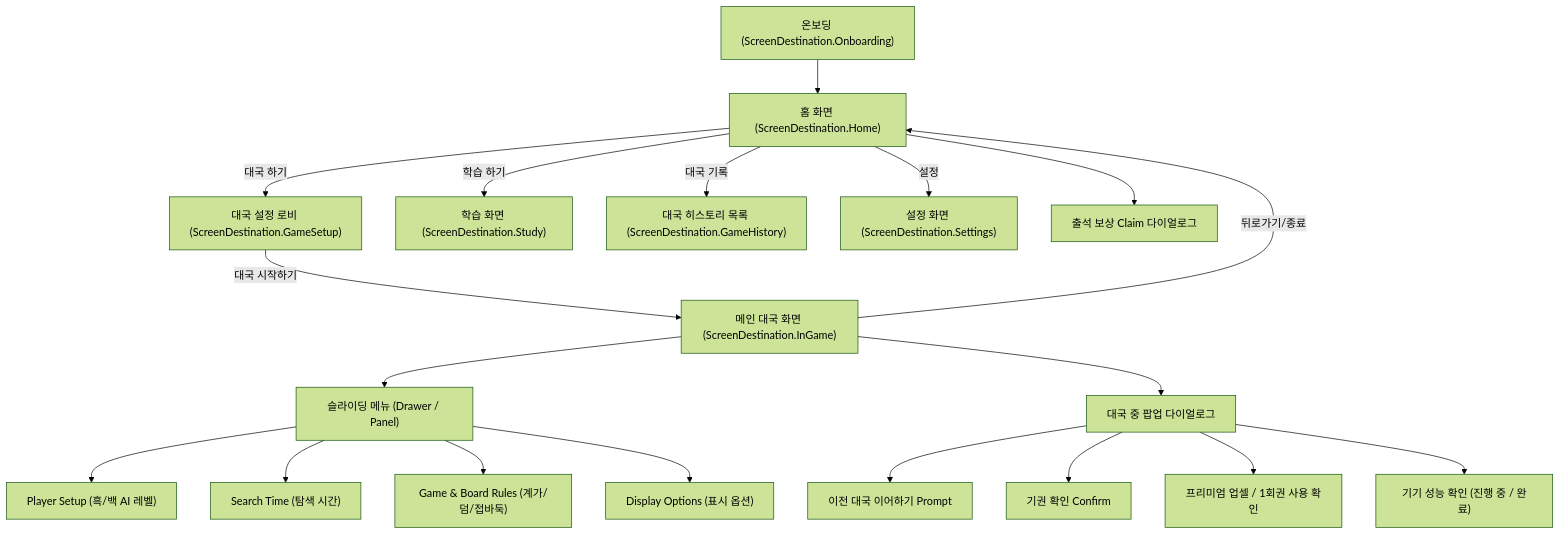
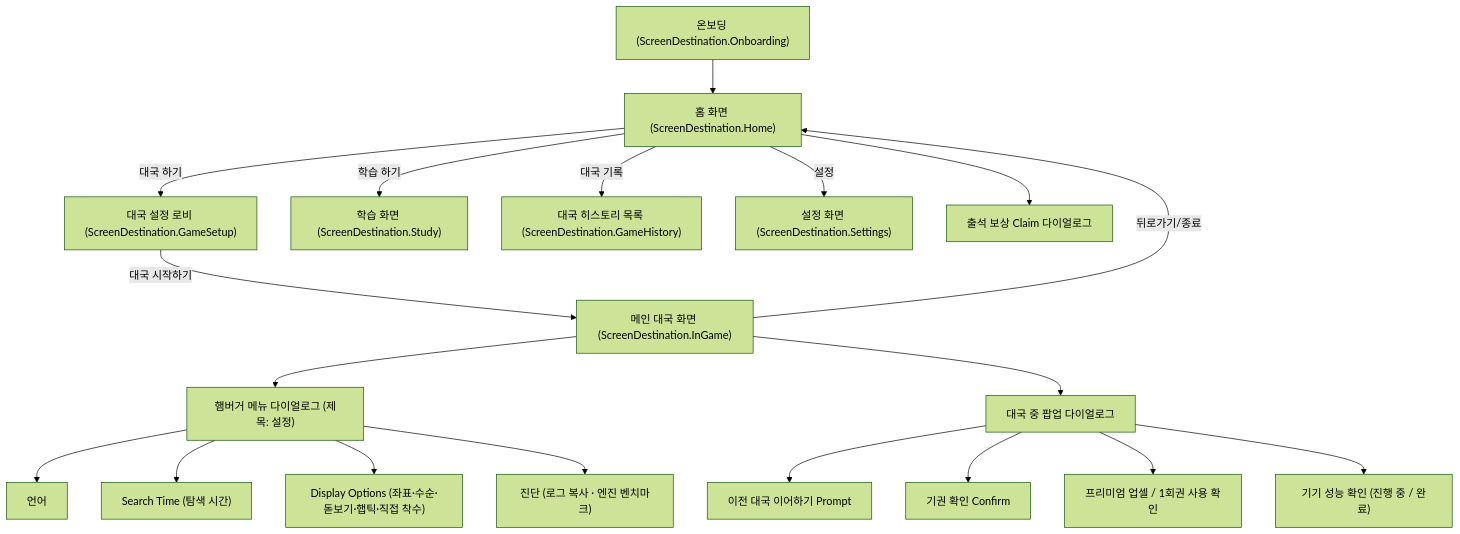
The diagram in docs/spec/APP_IA_AND_UI_SPEC.md (flitsky/go-ai-coach-app), drawn with Mermaid (forest theme) before and after one commit. The commit also changed other lines of this file and 2 other files, not shown here.

````diff
--- a/docs/spec/APP_IA_AND_UI_SPEC.md
+++ b/docs/spec/APP_IA_AND_UI_SPEC.md
@@ -15,23 +15,23 @@
 ```mermaid
 graph TD
     O["온보딩 (ScreenDestination.Onboarding)"] --> A
     A["홈 화면 (ScreenDestination.Home)"] -->|"대국 하기"| B["대국 설정 로비 (ScreenDestination.GameSetup)"]
     A -->|"학습 하기"| F["학습 화면 (ScreenDestination.Study)"]
     A -->|"대국 기록"| G["대국 히스토리 목록 (ScreenDestination.GameHistory)"]
     A -->|"설정"| S["설정 화면 (ScreenDestination.Settings)"]
     B -->|"대국 시작하기"| C["메인 대국 화면 (ScreenDestination.InGame)"]
     C -->|"뒤로가기/종료"| A
 
-    C --> D["슬라이딩 메뉴 (Drawer / Panel)"]
-    D --> D1["Player Setup (흑/백 AI 레벨)"]
+    C --> D["햄버거 메뉴 다이얼로그 (제목: 설정)"]
+    D --> D1["언어"]
     D --> D2["Search Time (탐색 시간)"]
-    D --> D3["Game & Board Rules (계가/덤/접바둑)"]
-    D --> D4["Display Options (표시 옵션)"]
+    D --> D3["Display Options (좌표·수순·돋보기·햅틱·직접 착수)"]
+    D --> D4["진단 (로그 복사 · 엔진 벤치마크)"]
 
     A --> P["출석 보상 Claim 다이얼로그"]
     C --> E["대국 중 팝업 다이얼로그"]
     E --> E1["이전 대국 이어하기 Prompt"]
     E --> E2["기권 확인 Confirm"]
     E --> E3["프리미엄 업셀 / 1회권 사용 확인"]
     E --> E4["기기 성능 확인 (진행 중 / 완료)"]
 ```
````
